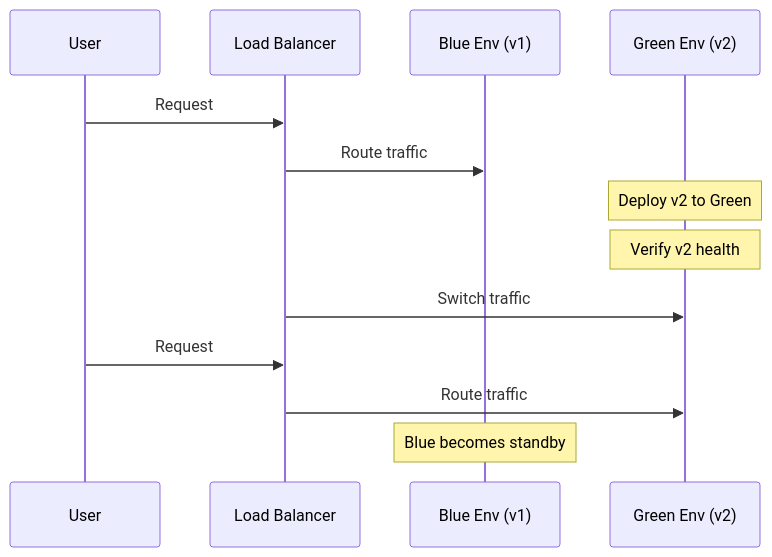
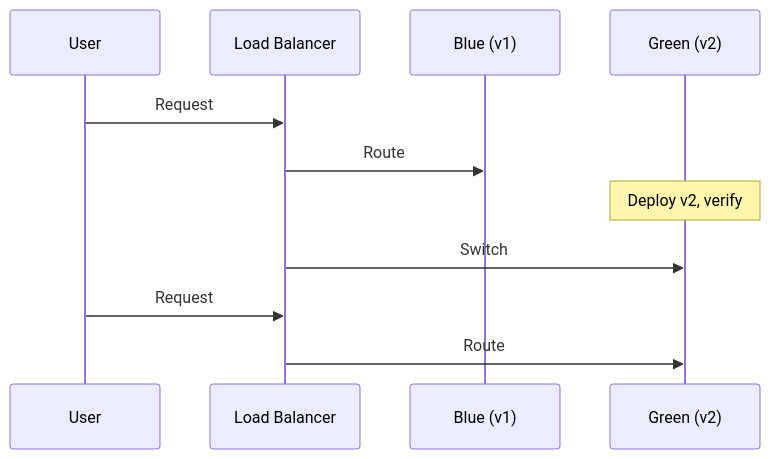
One commit to saileshkushwaha/AgenticWorld changed the sixth of 9 diagrams in forge-framework/DIAGRAMS.md. Above: the diagram before and after it, drawn with Mermaid. The commit also changed other lines of this file and 33 other files, not shown here.

````diff
--- a/forge-framework/DIAGRAMS.md
+++ b/forge-framework/DIAGRAMS.md
@@ -183,16 +72,13 @@
 ```mermaid
 sequenceDiagram
     participant User
     participant LB as Load Balancer
-    participant Blue as Blue Env (v1)
-    participant Green as Green Env (v2)
-
+    participant Blue as Blue (v1)
+    participant Green as Green (v2)
     User->>LB: Request
-    LB->>Blue: Route traffic
-    Note over Green: Deploy v2 to Green
-    Note over Green: Verify v2 health
-    LB->>Green: Switch traffic
+    LB->>Blue: Route
+    Note over Green: Deploy v2, verify
+    LB->>Green: Switch
     User->>LB: Request
-    LB->>Green: Route traffic
-    Note over Blue: Blue becomes standby
+    LB->>Green: Route
 ```
````
